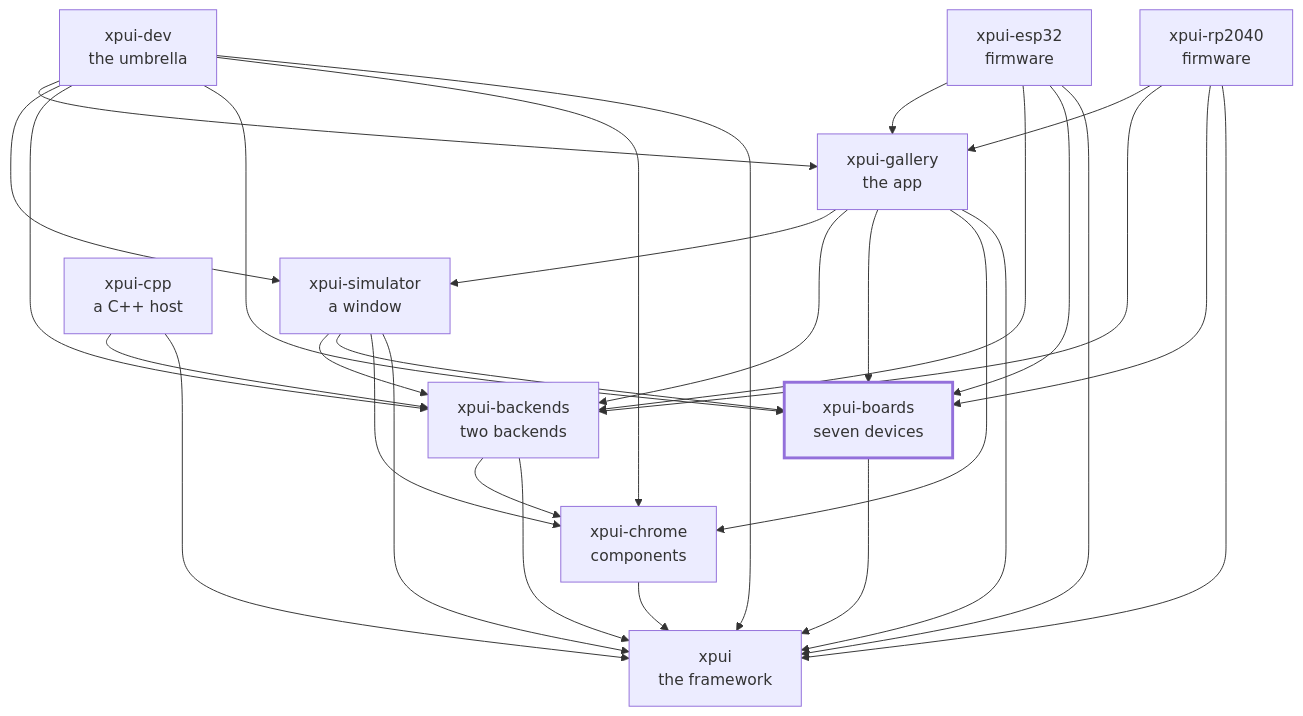
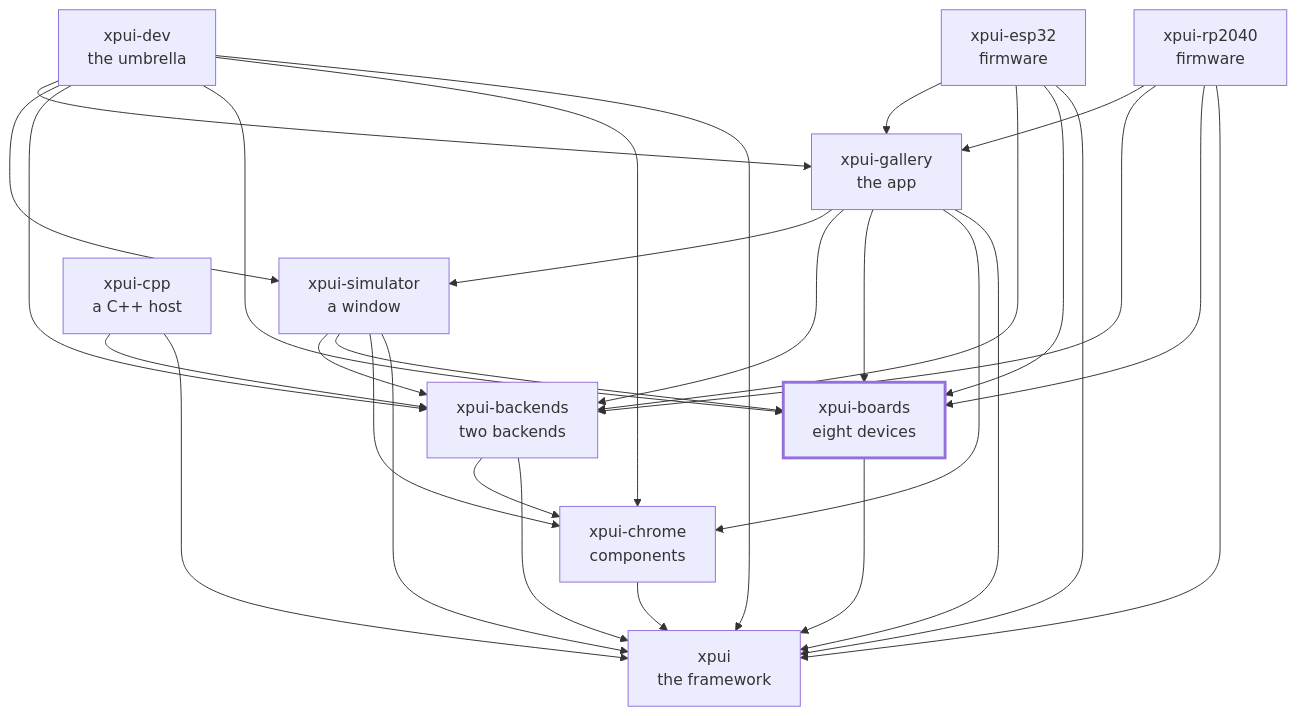
One commit to XPUI-Framework/xpui-boards changed the diagram in README.md. Above: the diagram before and after it, drawn with Mermaid. The commit also changed other lines of this file and 18 other files, not shown here.

````diff
--- a/README.md
+++ b/README.md
@@ -96,43 +97,43 @@
 ```mermaid
 flowchart TD
   xpui["xpui<br/>the framework"]
   chrome["xpui-chrome<br/>components"]
-  boards["xpui-boards<br/>seven devices"]
+  boards["xpui-boards<br/>eight devices"]
   backends["xpui-backends<br/>two backends"]
   simulator["xpui-simulator<br/>a window"]
   gallery["xpui-gallery<br/>the app"]
   rp2040["xpui-rp2040<br/>firmware"]
   esp32["xpui-esp32<br/>firmware"]
   cpp["xpui-cpp<br/>a C++ host"]
   dev["xpui-dev<br/>the umbrella"]
   chrome --> xpui
   boards --> xpui
   backends --> xpui
   backends --> chrome
   simulator --> xpui
   simulator --> chrome
   simulator --> boards
   simulator --> backends
   gallery --> xpui
   gallery --> chrome
   gallery --> boards
   gallery --> backends
   gallery --> simulator
   rp2040 --> xpui
   rp2040 --> boards
   rp2040 --> backends
   rp2040 --> gallery
   esp32 --> xpui
   esp32 --> boards
   esp32 --> backends
   esp32 --> gallery
   cpp --> xpui
   cpp --> backends
   dev --> xpui
   dev --> chrome
   dev --> boards
   dev --> backends
   dev --> simulator
   dev --> gallery
   style boards stroke-width:3px
 ```
````
